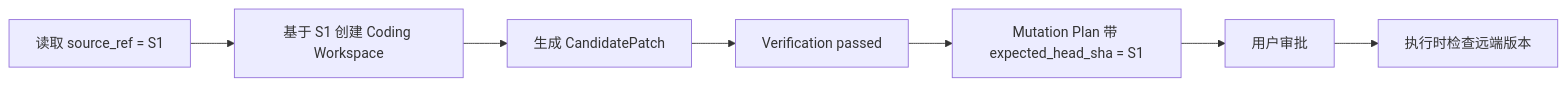
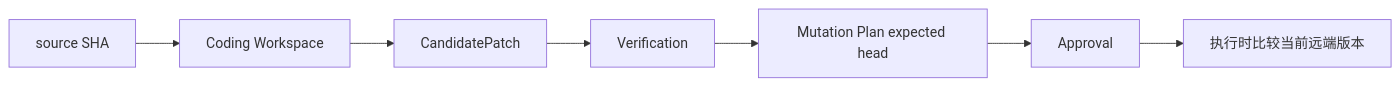
One commit to Arthur999459up/GitAgent changed the eighth of 8 diagrams in docs/08-approval-and-remote-mutations.md. Above: the diagram before and after it, drawn with Mermaid. The commit also changed other lines of this file and 15 other files, not shown here.

````diff
--- a/docs/08-approval-and-remote-mutations.md
+++ b/docs/08-approval-and-remote-mutations.md
@@ -550,9 +253,9 @@
 ```mermaid
 flowchart LR
-    A[读取 source_ref = S1] --> B[基于 S1 创建 Coding Workspace]
-    B --> C[生成 CandidatePatch]
-    C --> D[Verification passed]
-    D --> E[Mutation Plan 带 expected_head_sha = S1]
-    E --> F[用户审批]
-    F --> G[执行时检查远端版本]
+    S[source SHA] --> W[Coding Workspace]
+    W --> C[CandidatePatch]
+    C --> V[Verification]
+    V --> P[Mutation Plan expected head]
+    P --> A[Approval]
+    A --> E[执行时比较当前远端版本]
 ```
````
